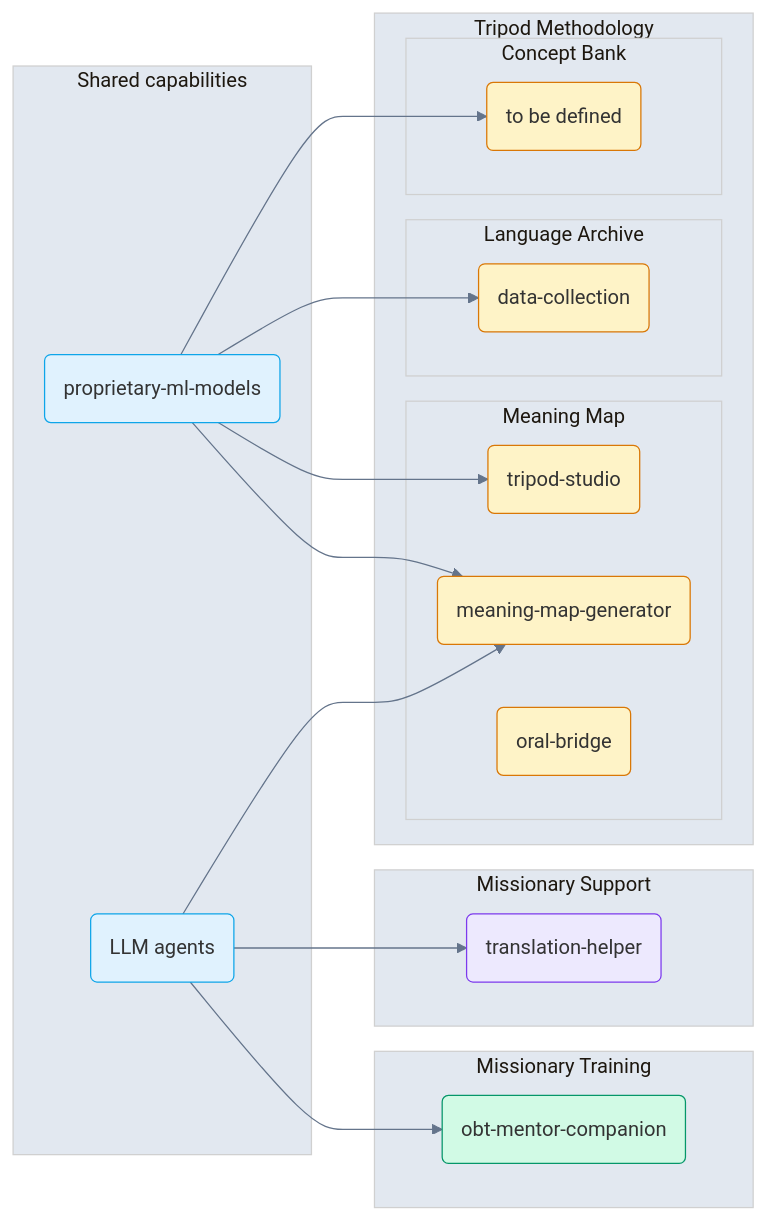
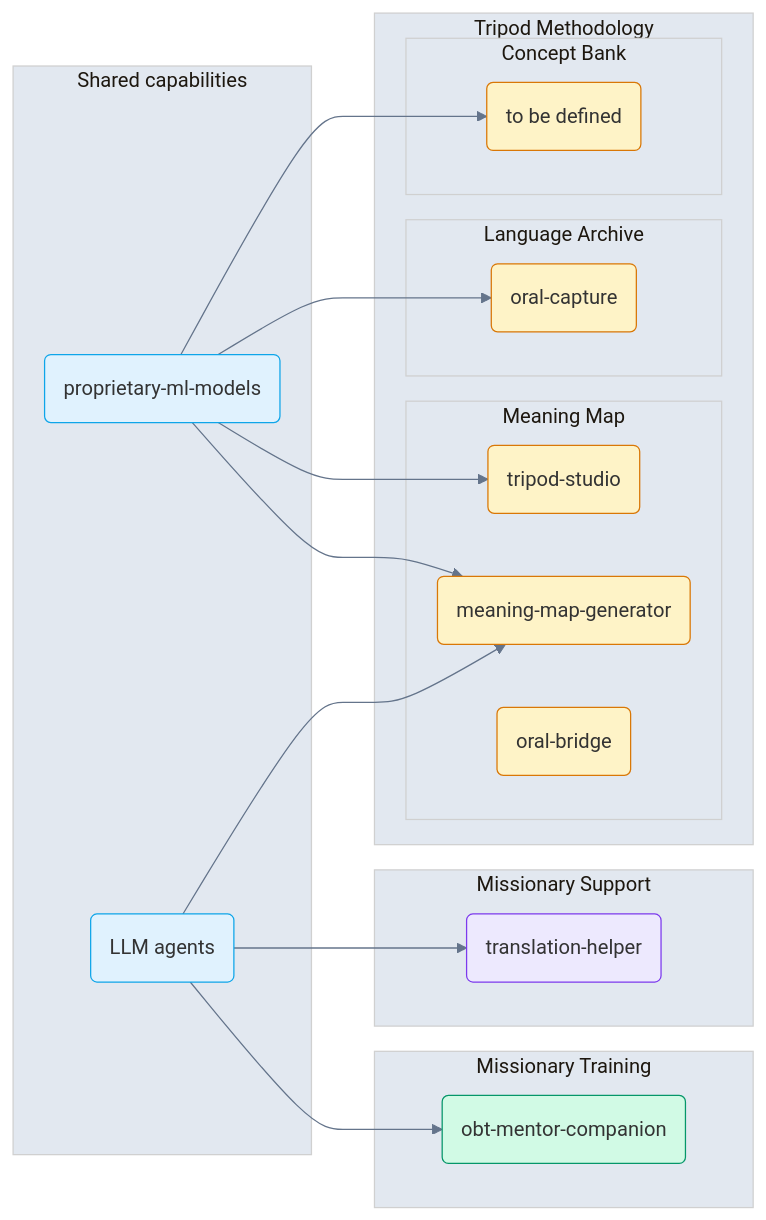
The diagram in site/docs/architecture/system-landscape.md (shemaobt/docs), drawn with Mermaid before and after one commit. The commit also changed 2 other files, not shown here.

Commit message:
docs(systems): rename data-collection app to Oral Capture; update intro and landscape
Made-with: Cursor

````diff
--- a/site/docs/architecture/system-landscape.md
+++ b/site/docs/architecture/system-landscape.md
@@ -12,47 +12,47 @@
 ```mermaid
 %%{init: {'theme':'base', 'themeVariables': { 'primaryColor':'#f8fafc', 'primaryBorderColor':'#cbd5e1', 'lineColor':'#64748b', 'secondaryColor':'#f1f5f9', 'tertiaryColor':'#e2e8f0'}}}%%
 flowchart LR
   subgraph Shared["Shared capabilities"]
     G(proprietary-ml-models)
     H(LLM agents)
   end
 
   subgraph Tripod["Tripod Methodology"]
     subgraph MeaningMap["Meaning Map"]
       D(tripod-studio)
       E(meaning-map-generator)
       F(oral-bridge)
     end
     subgraph LanguageArchive["Language Archive"]
-      W(data-collection)
+      W(oral-capture)
     end
     subgraph ConceptBank["Concept Bank"]
       U(to be defined)
     end
   end
 
   subgraph MissionaryTraining["Missionary Training"]
     A(obt-mentor-companion)
   end
 
   subgraph MissionarySupport["Missionary Support"]
     B(translation-helper)
   end
 
   G --> W
   G --> U
   G --> D
   G --> E
   H --> A
   H --> B
   H --> E
 
   classDef shared fill:#e0f2fe,stroke:#0ea5e9,stroke-width:1px
   classDef tripod fill:#fef3c7,stroke:#d97706,stroke-width:1px
   classDef training fill:#d1fae5,stroke:#059669,stroke-width:1px
   classDef support fill:#ede9fe,stroke:#7c3aed,stroke-width:1px
   class G,H shared
   class D,E,F,W,U tripod
   class A training
   class B support
 ```
````
